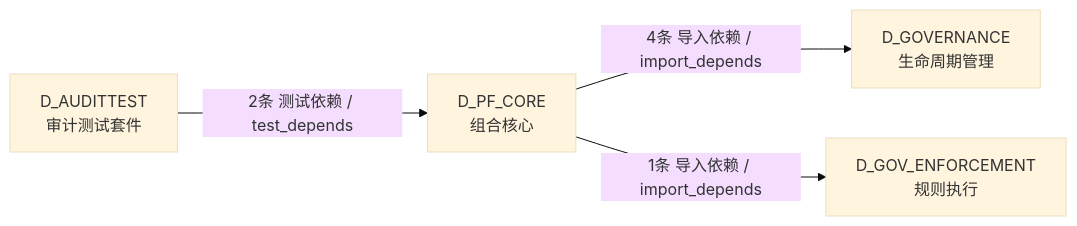
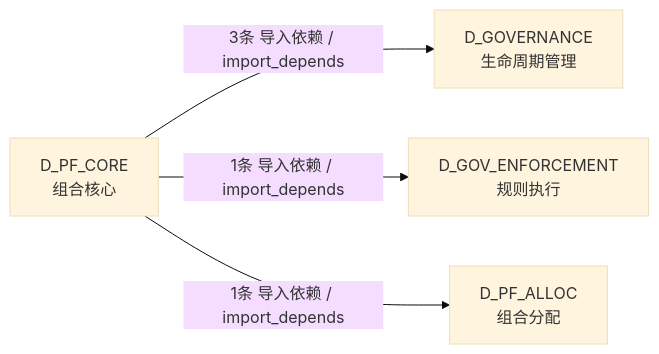
One commit to xuanFelixVan/ZephyrAlpha changed the fourth of 4 diagrams in docs/02_enterprise_architecture/02_domain_architecture_docs/50_d_pf_core.md. Above: the diagram before and after it, drawn with Mermaid (base theme). The commit also changed other lines of this file and 112 other files, not shown here.

````diff
--- a/docs/02_enterprise_architecture/02_domain_architecture_docs/50_d_pf_core.md
+++ b/docs/02_enterprise_architecture/02_domain_architecture_docs/50_d_pf_core.md
@@ -189,10 +193,10 @@
 ```mermaid
 graph LR
     D_PF_CORE["D_PF_CORE<br/>组合核心"]
     D_GOVERNANCE["D_GOVERNANCE<br/>生命周期管理"]
     D_GOV_ENFORCEMENT["D_GOV_ENFORCEMENT<br/>规则执行"]
-    D_AUDITTEST["D_AUDITTEST<br/>审计测试套件"]
-    D_PF_CORE -->|4条 导入依赖 / import_depends| D_GOVERNANCE
+    D_PF_ALLOC["D_PF_ALLOC<br/>组合分配"]
+    D_PF_CORE -->|3条 导入依赖 / import_depends| D_GOVERNANCE
     D_PF_CORE -->|1条 导入依赖 / import_depends| D_GOV_ENFORCEMENT
-    D_AUDITTEST -->|2条 测试依赖 / test_depends| D_PF_CORE
+    D_PF_CORE -->|1条 导入依赖 / import_depends| D_PF_ALLOC
 ```
````
